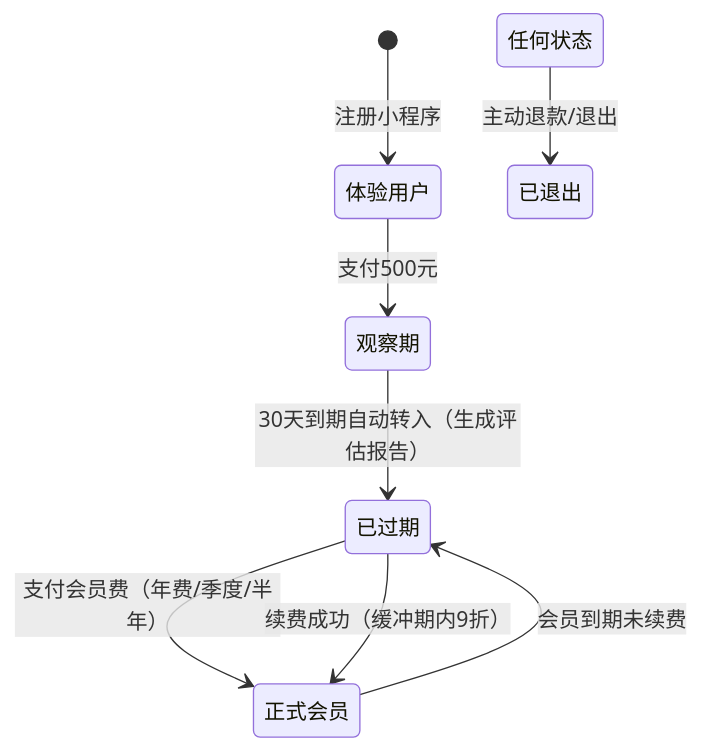
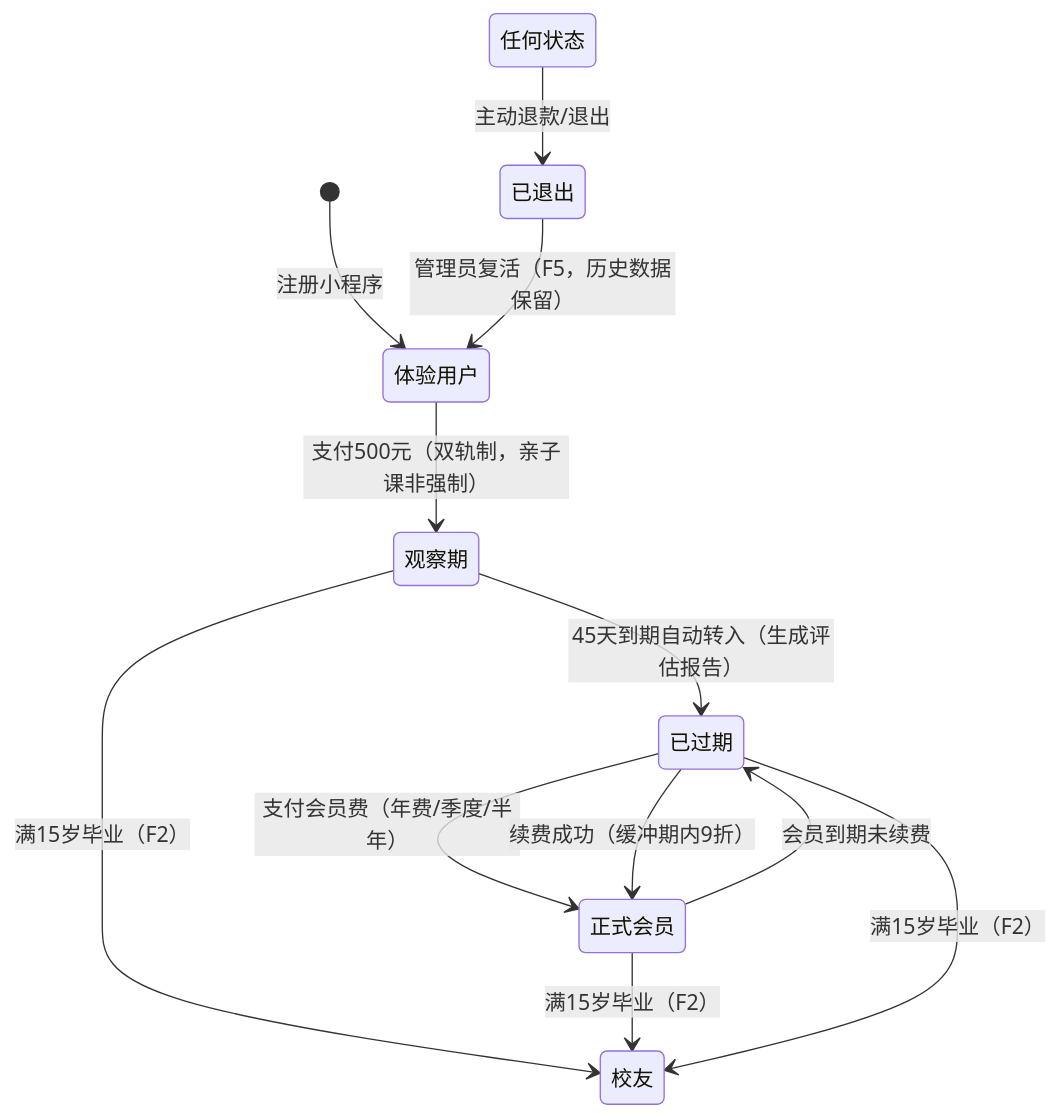
Before and after one commit to leechunwoo0815/librio: the first of 28 diagrams in PRD/UML-ER.md, drawn with Mermaid. The commit also changed other lines of this file and 11 other files, not shown here.

First line of the commit message:
docs: 决策批次14 — 全文档对齐（PRD V3.22/表结构 V3.16/配置清单 59 项/UML-ER/ARCHITECTURE/状态流转/终版报告）

````diff
--- a/PRD/UML-ER.md
+++ b/PRD/UML-ER.md
@@ -12,10 +12,14 @@
 ```mermaid
 stateDiagram-v2
     [*] --> 体验用户 : 注册小程序
-    体验用户 --> 观察期 : 支付500元
-    观察期 --> 已过期 : 30天到期自动转入（生成评估报告）
+    体验用户 --> 观察期 : 支付500元（双轨制，亲子课非强制）
+    观察期 --> 已过期 : 45天到期自动转入（生成评估报告）
     已过期 --> 正式会员 : 支付会员费（年费/季度/半年）
     正式会员 --> 已过期 : 会员到期未续费
     已过期 --> 正式会员 : 续费成功（缓冲期内9折）
     任何状态 --> 已退出 : 主动退款/退出
+    已退出 --> 体验用户 : 管理员复活（F5，历史数据保留）
+    观察期 --> 校友 : 满15岁毕业（F2）
+    正式会员 --> 校友 : 满15岁毕业（F2）
+    已过期 --> 校友 : 满15岁毕业（F2）
 ```
````
